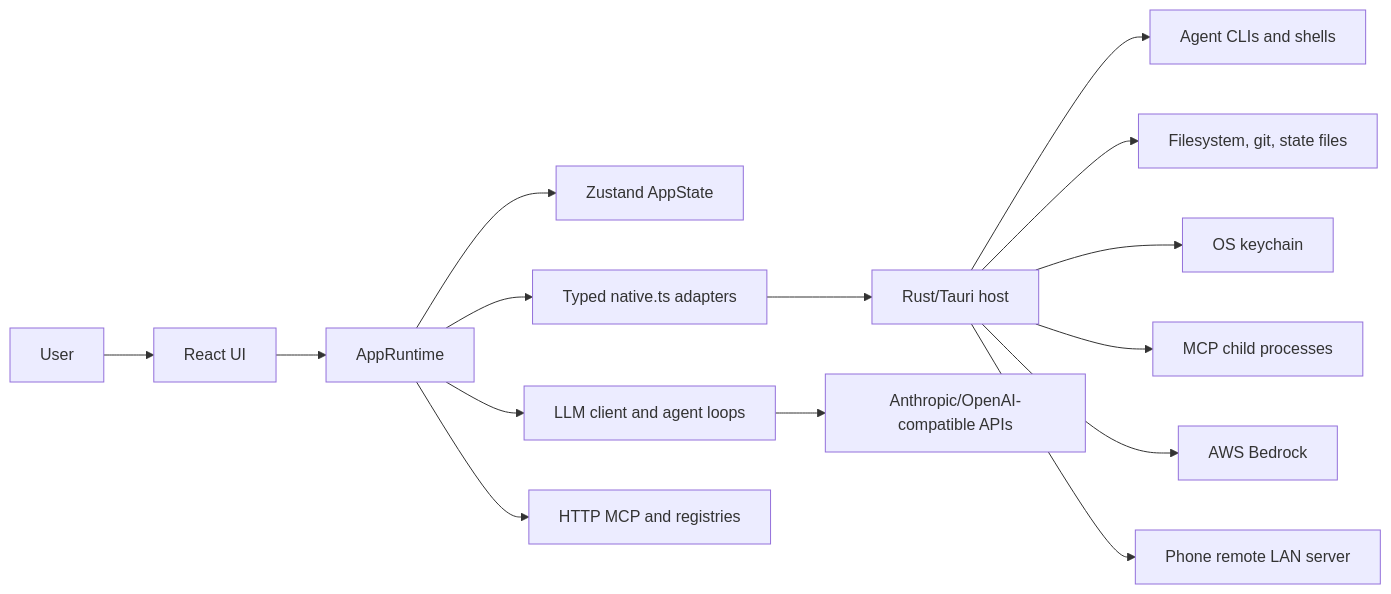
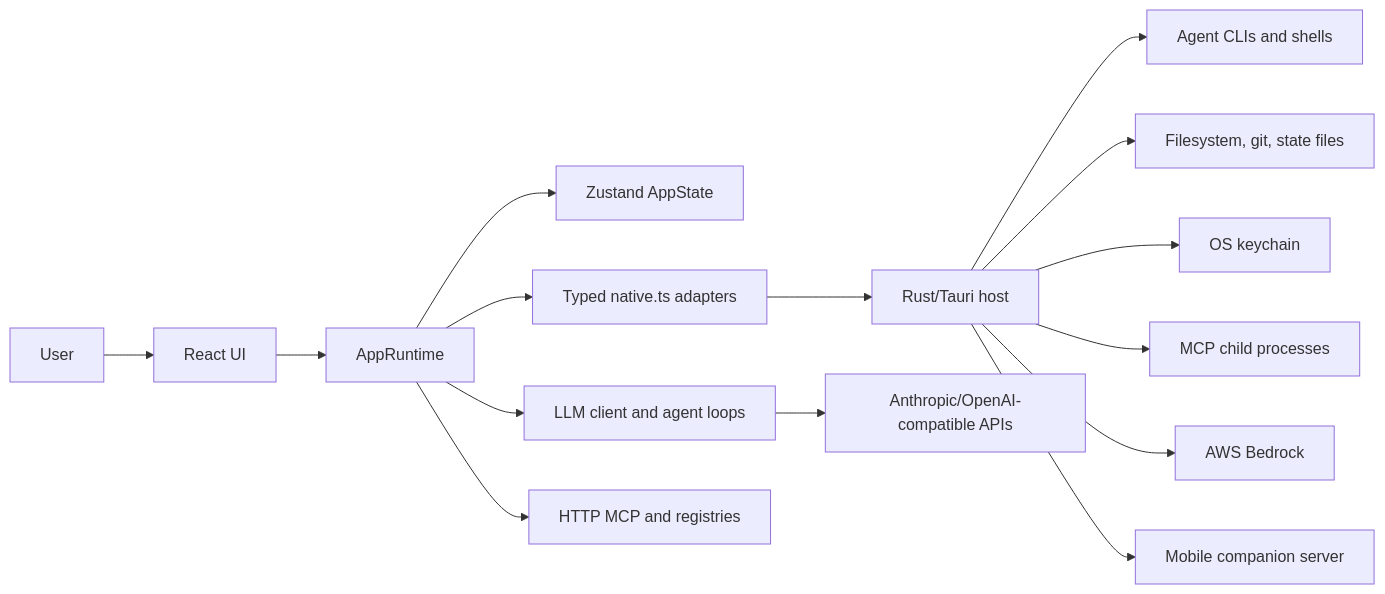
Before and after one commit to xuancanh/yaam: the first of 5 diagrams in docs/architecture.md, drawn with Mermaid. The commit also changed other lines of this file and 4 other files, not shown here.

First line of the commit message:
docs: mobile companion redesign, exclusive terminal focus, rpc/SSE surface

````diff
--- a/docs/architecture.md
+++ b/docs/architecture.md
@@ -28,17 +28,17 @@
 ```mermaid
 flowchart LR
   U[User] --> UI[React UI]
   UI --> AR[AppRuntime]
   AR --> Z[Zustand AppState]
   AR --> LLM[LLM client and agent loops]
   AR --> IPC[Typed native.ts adapters]
   IPC --> R[Rust/Tauri host]
   R --> PTY[Agent CLIs and shells]
   R --> FS[Filesystem, git, state files]
   R --> KC[OS keychain]
   R --> MCP[MCP child processes]
   R --> BR[AWS Bedrock]
-  R --> RM[Phone remote LAN server]
+  R --> RM[Mobile companion server]
   LLM --> API[Anthropic/OpenAI-compatible APIs]
   AR --> HTTP[HTTP MCP and registries]
 ```
````
